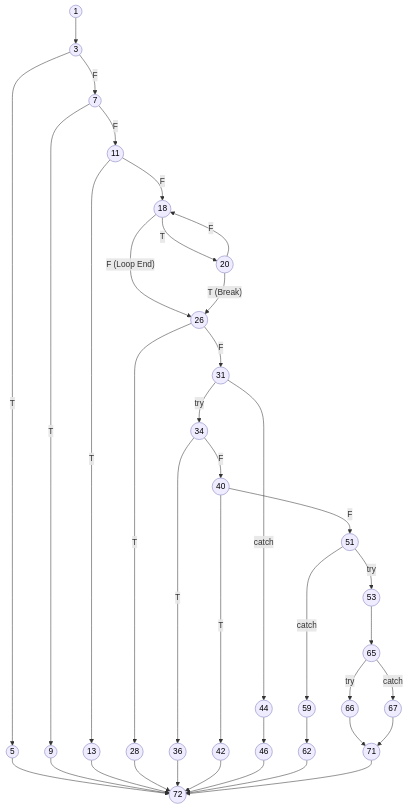
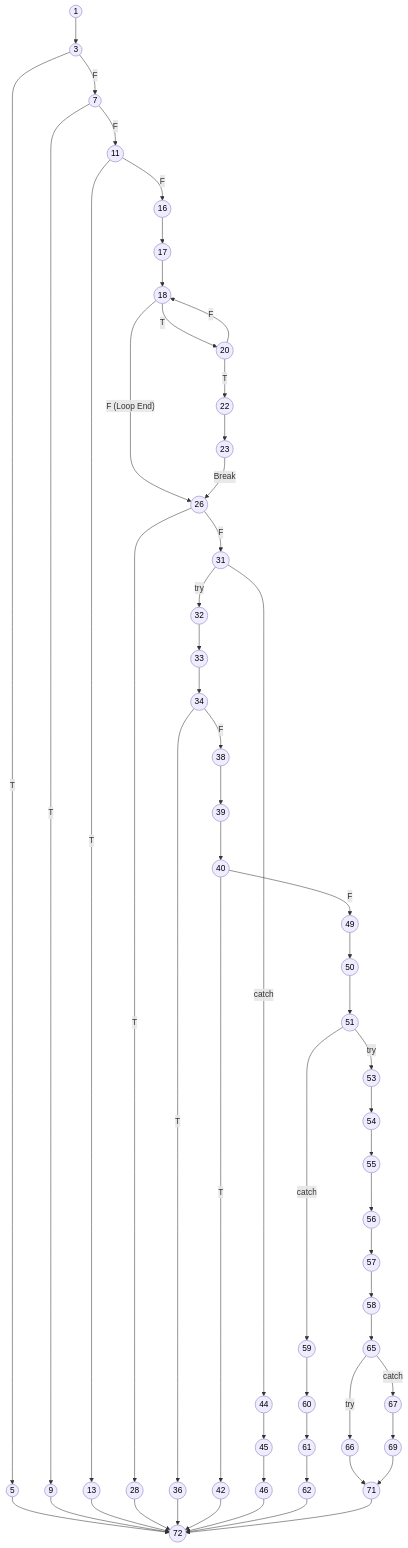
Before and after one commit to aryanhrc3428/Semester-5: the diagram in SE/ideathon/pseudocode/flowcharts/UC-03.mmd, drawn with Mermaid. The commit also changed 38 other files, not shown here.

Commit message:
psuedocode and flowgraphs

```diff
--- a/SE/ideathon/pseudocode/flowcharts/UC-03.mmd
+++ b/SE/ideathon/pseudocode/flowcharts/UC-03.mmd
@@ -1,58 +1,88 @@
 graph TD
     %% Base styling matching the reference CFG style
     classDef default fill:#efecff,stroke:#a3a3d1,stroke-width:1.5px,color:#000;
     
     1((1)) --> 3((3))
     
     3 -- T --> 5((5))
     3 -- F --> 7((7))
     
     7 -- T --> 9((9))
     7 -- F --> 11((11))
     
     11 -- T --> 13((13))
-    11 -- F --> 18((18))
+    11 -- F --> 16((16))
     
+    16 --> 17((17))
+    17 --> 18((18))
+    
+    %% Explicit Category Validation Loop
     18 -- T --> 20((20))
     18 -- F (Loop End) --> 26((26))
     
-    20 -- T (Break) --> 26
+    20 -- T --> 22((22))
     20 -- F --> 18
+    
+    22 --> 23((23))
+    23 -- Break --> 26
     
     26 -- T --> 28((28))
     26 -- F --> 31((31))
     
-    31 -- try --> 34((34))
+    %% Relational Integrity Checks
+    31 -- try --> 32((32))
     31 -- catch --> 44((44))
     
+    32 --> 33((33))
+    33 --> 34((34))
+    
     34 -- T --> 36((36))
-    34 -- F --> 40((40))
+    34 -- F --> 38((38))
+    
+    38 --> 39((39))
+    39 --> 40((40))
     
     40 -- T --> 42((42))
-    40 -- F --> 51((51))
+    40 -- F --> 49((49))
     
-    44 --> 46((46))
+    44 --> 45((45))
+    45 --> 46((46))
+    
+    %% Secure Database Transaction
+    49 --> 50((50))
+    50 --> 51((51))
     
     51 -- try --> 53((53))
     51 -- catch --> 59((59))
     
-    53 --> 65((65))
+    53 --> 54((54))
+    54 --> 55((55))
+    55 --> 56((56))
+    56 --> 57((57))
+    57 --> 58((58))
     
-    59 --> 62((62))
+    58 --> 65((65))
     
+    59 --> 60((60))
+    60 --> 61((61))
+    61 --> 62((62))
+    
+    %% Fire-and-Forget Notification
     65 -- try --> 66((66))
     65 -- catch --> 67((67))
     
     66 --> 71((71))
-    67 --> 71
     
-    %% Terminal error returns and catches syncing to the final end node
+    67 --> 69((69))
+    69 --> 71
+    
+    %% Terminal error returns and catches syncing to the final end node (72)
     5 --> 72((72))
     9 --> 72
     13 --> 72
     28 --> 72
     36 --> 72
     42 --> 72
     46 --> 72
     62 --> 72
     71 --> 72
```
